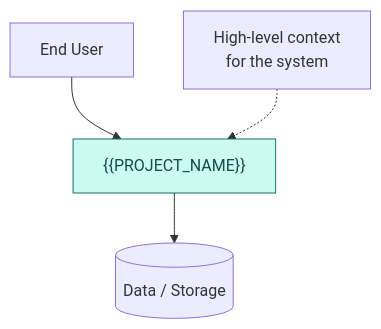
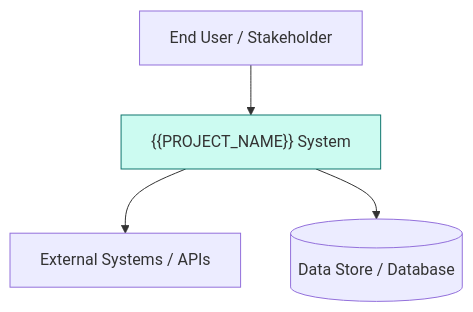
One commit to jacobmbarnard/specticus changed the diagram in Sources/specticus/Resources/Skeleton/diagrams/context-diagram.mmd. Above: the diagram before and after it, drawn with Mermaid. The commit also changed 36 other files, not shown here.

First line of the commit message:
feat: improve init templates with richer Markdown sections + Mermaid diagrams (issue #16)

````diff
--- a/Sources/specticus/Resources/Skeleton/diagrams/context-diagram.mmd
+++ b/Sources/specticus/Resources/Skeleton/diagrams/context-diagram.mmd
@@ -1,13 +1,10 @@
-%% Mermaid diagram (context level)
-%% https://mermaid.js.org
-%% Use in Markdown with ```mermaid ... ``` or external renderers
+%% Mermaid Context Diagram for {{PROJECT_NAME}}
+%% https://mermaid.js.org/syntax/flowchart.html
 
 flowchart TD
-    User[End User] --> Specticus["{{PROJECT_NAME}}"]
-    Specticus --> DataStore[(Data / Storage)]
+    User[End User / Stakeholder] --> Specticus["{{PROJECT_NAME}} System"]
+    Specticus --> External[External Systems / APIs]
+    Specticus --> Data[(Data Store / Database)]
 
-    classDef system fill:#ccfbf1,stroke:#0f766e,color:#134e4b
+    classDef system fill:#ccfbf1,stroke:#0f766e
     class Specticus system
-
-    note[High-level context<br/>for the system]
-    note -.-> Specticus
````
